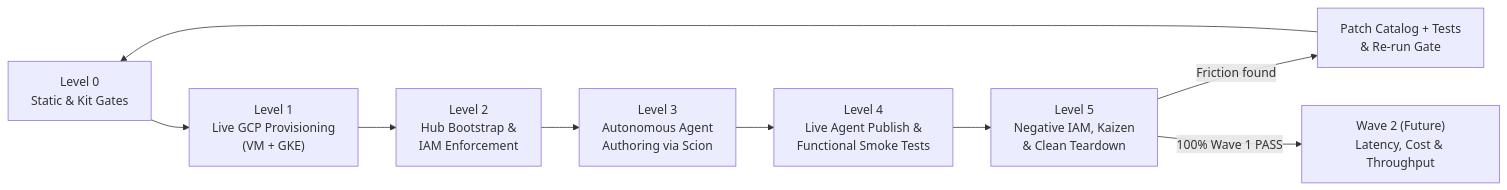
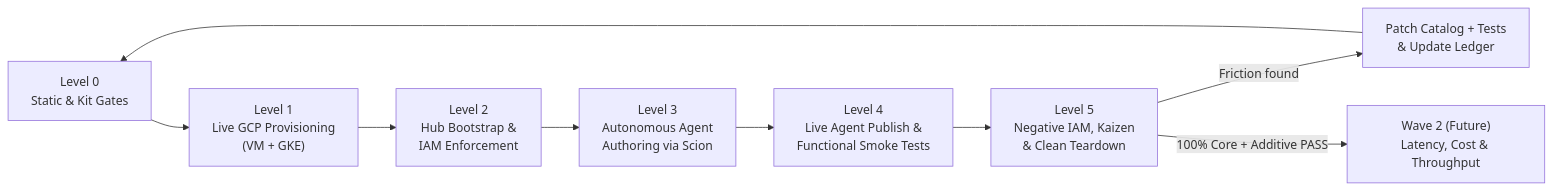
The diagram in docs/HILLCLIMBING_CHARTER.md (carlosmscabral/gcp-fde-factories), drawn with Mermaid before and after one commit. The commit also changed other lines of this file and 37 other files, not shown here.

````diff
--- a/docs/HILLCLIMBING_CHARTER.md
+++ b/docs/HILLCLIMBING_CHARTER.md
@@ -8,11 +9,11 @@
 ```mermaid
 flowchart LR
   W0["Level 0\nStatic & Kit Gates"] --> W1["Level 1\nLive GCP Provisioning\n(VM + GKE)"]
   W1 --> W2["Level 2\nHub Bootstrap &\nIAM Enforcement"]
   W2 --> W3["Level 3\nAutonomous Agent\nAuthoring via Scion"]
   W3 --> W4["Level 4\nLive Agent Publish &\nFunctional Smoke Tests"]
   W4 --> W5["Level 5\nNegative IAM, Kaizen\n& Clean Teardown"]
-  W5 -->|"Friction found"| FIX["Patch Catalog + Tests\n& Re-run Gate"]
+  W5 -->|"Friction found"| FIX["Patch Catalog + Tests\n& Update Ledger"]
   FIX --> W0
-  W5 -->|"100% Wave 1 PASS"| WAVE2["Wave 2 (Future)\nLatency, Cost & Throughput"]
+  W5 -->|"100% Core + Additive PASS"| WAVE2["Wave 2 (Future)\nLatency, Cost & Throughput"]
 ```
````
